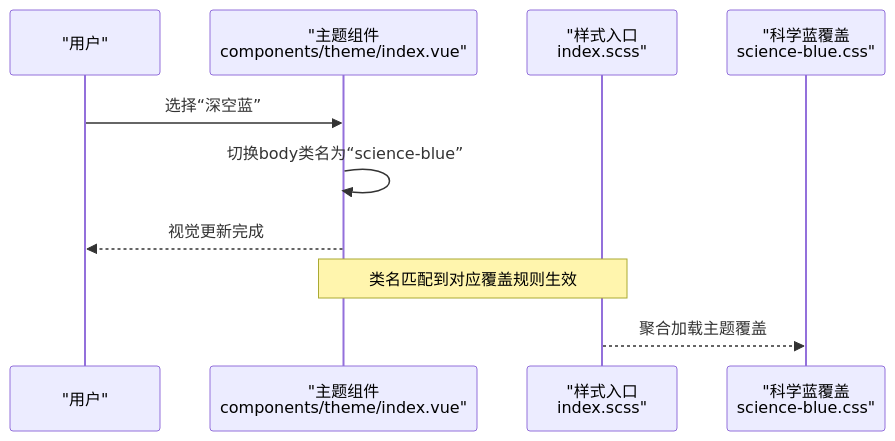
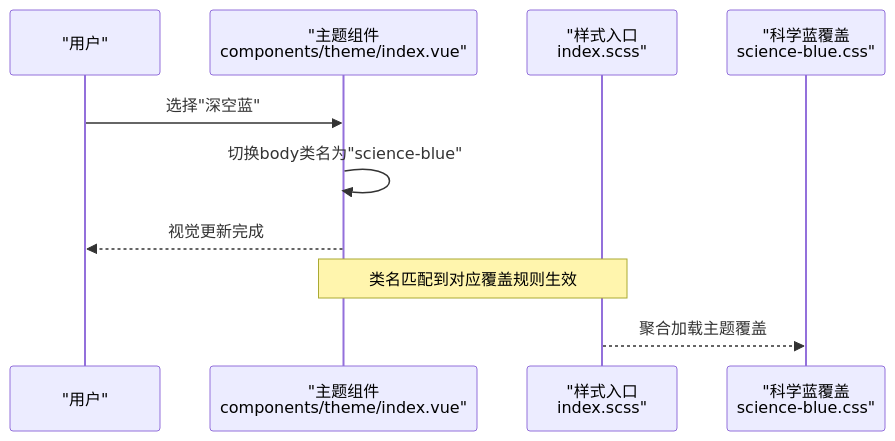
One commit to Neveryu/vue-cms changed the second of 7 diagrams in .qoder/repowiki/zh/content/主题定制.md. Above: the diagram before and after it, drawn with Mermaid. The commit also changed other lines of this file and 8 other files, not shown here.

````diff
--- a/.qoder/repowiki/zh/content/主题定制.md
+++ b/.qoder/repowiki/zh/content/主题定制.md
@@ -109,12 +121,12 @@
 ```mermaid
 sequenceDiagram
 participant U as "用户"
 participant T as "主题组件<br/>components/theme/index.vue"
 participant S as "样式入口<br/>index.scss"
 participant D as "科学蓝覆盖<br/>science-blue.css"
-U->>T : 选择“深空蓝”
-T->>T : 切换body类名为“science-blue”
+U->>T : 选择"深空蓝"
+T->>T : 切换body类名为"science-blue"
 T-->>U : 视觉更新完成
 Note over T,S : 类名匹配到对应覆盖规则生效
 S-->>D : 聚合加载主题覆盖
 ```
````
